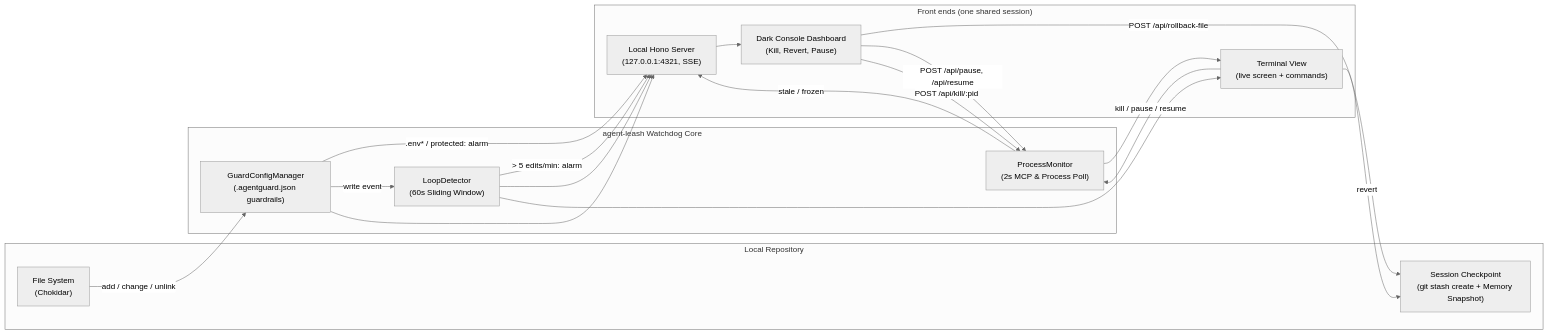
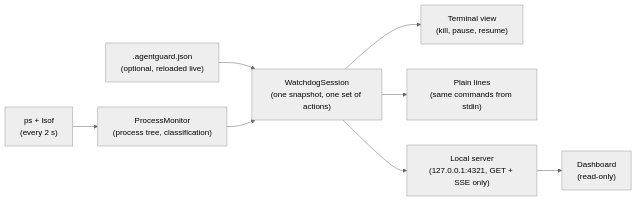
Before and after one commit to uwejettkant/strayps: the diagram in README.md, drawn with Mermaid (neutral theme). The commit also changed other lines of this file and 38 other files, not shown here.

First line of the commit message:
feat!: process monitor only, with a read-only dashboard

````diff
--- a/README.md
+++ b/README.md
@@ -120,35 +112,10 @@
 ```mermaid
 flowchart LR
-  subgraph Repo["Local Repository"]
-    FS["File System\n(Chokidar)"]
-    GIT["Session Checkpoint\n(git stash create + Memory Snapshot)"]
-  end
-
-  subgraph Core["agent-leash Watchdog Core"]
-    CFG["GuardConfigManager\n(.agentguard.json guardrails)"]
-    LOOP["LoopDetector\n(60s Sliding Window)"]
-    PROC["ProcessMonitor\n(2s MCP & Process Poll)"]
-  end
-
-  subgraph UI["Front ends (one shared session)"]
-    TUI["Terminal View\n(live screen + commands)"]
-    SSE["Local Hono Server\n(127.0.0.1:4321, SSE)"]
-    DASH["Dark Console Dashboard\n(Kill, Revert, Pause)"]
-  end
-
-  FS -->|add / change / unlink| CFG
-  CFG -->|".env* / protected: alarm"| SSE
-  CFG -->|write event| LOOP
-  LOOP -->|"> 5 edits/min: alarm"| SSE
-  PROC -->|"stale / frozen"| SSE
-  LOOP --> SSE
-  CFG --> SSE
-  LOOP --> TUI
-  PROC --> TUI
-  SSE --> DASH
-  DASH -->|"POST /api/rollback-file"| GIT
-  DASH -->|"POST /api/pause, /api/resume"| PROC
-  DASH -->|"POST /api/kill/:pid"| PROC
-  TUI -->|"revert"| GIT
-  TUI -->|"kill / pause / resume"| PROC
+  PS["ps + lsof\n(every 2 s)"] --> PROC["ProcessMonitor\n(process tree, classification)"]
+  CFG[".agentguard.json\n(optional, reloaded live)"] --> SESSION
+  PROC --> SESSION["WatchdogSession\n(one snapshot, one set of actions)"]
+  SESSION --> TUI["Terminal view\n(kill, pause, resume)"]
+  SESSION --> PLAIN["Plain lines\n(same commands from stdin)"]
+  SESSION --> SRV["Local server\n(127.0.0.1:4321, GET + SSE only)"]
+  SRV --> DASH["Dashboard\n(read-only)"]
 ```
````
